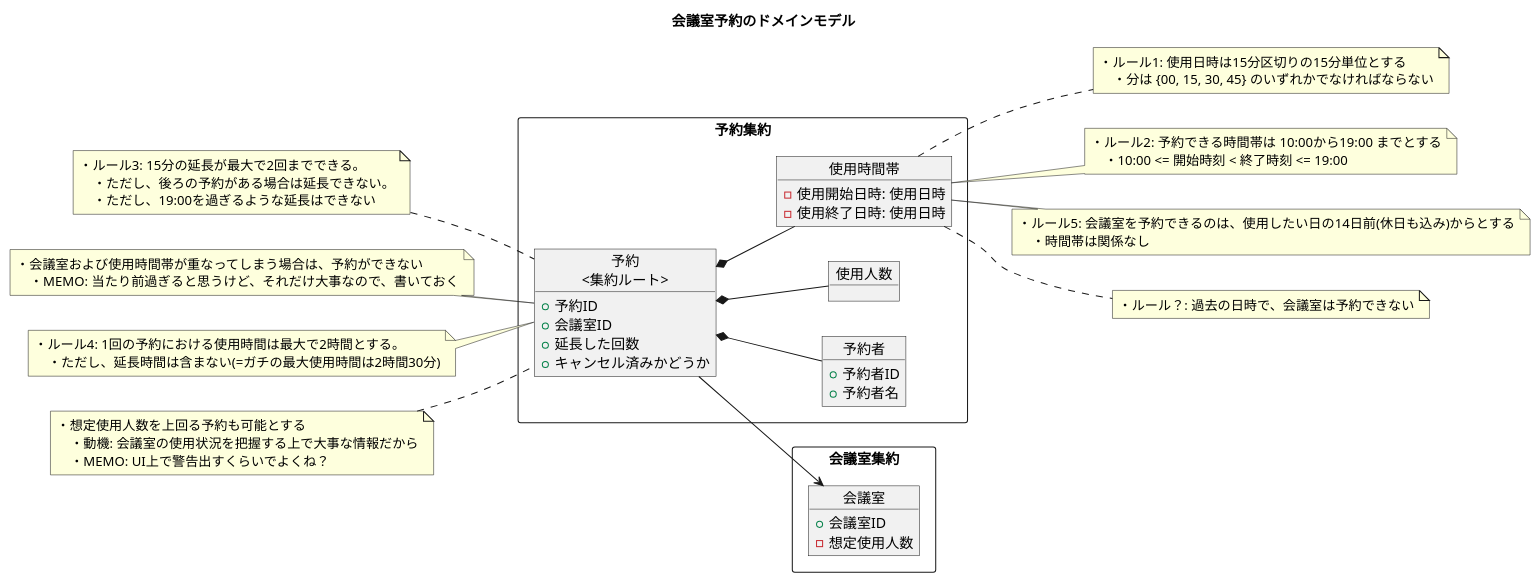
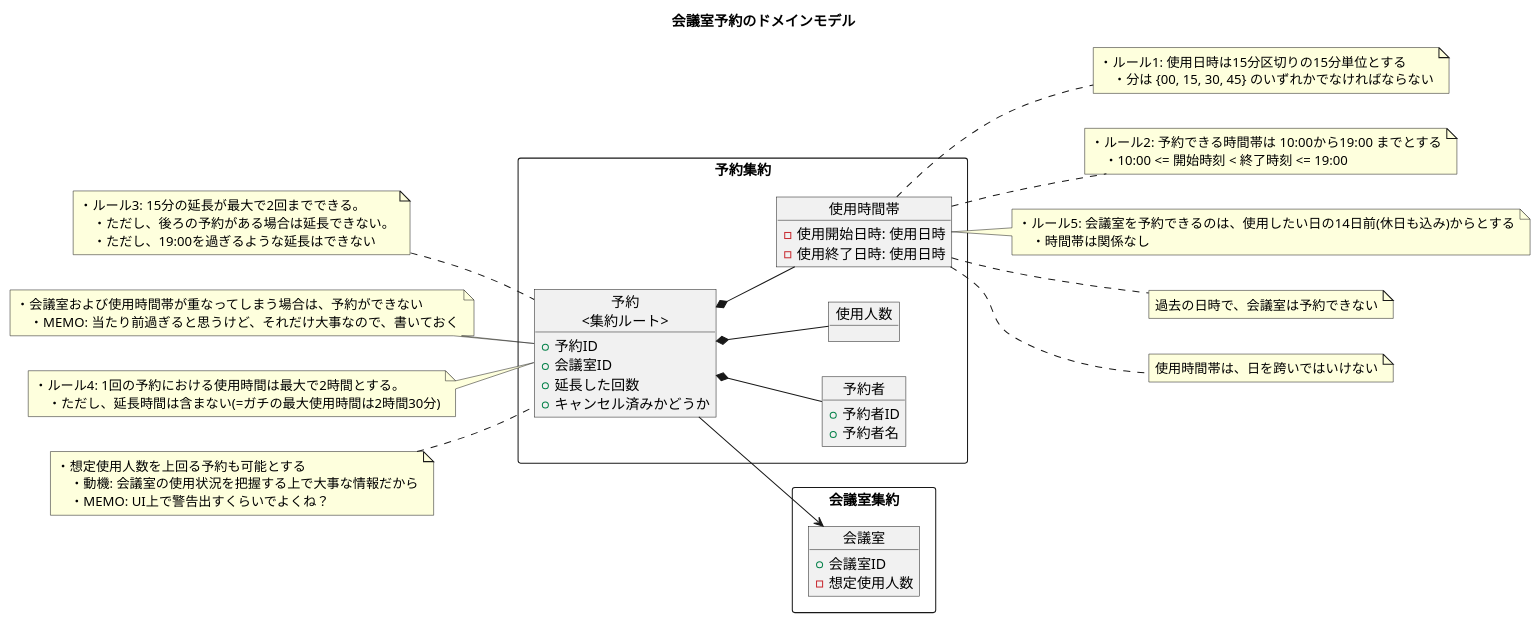
Before and after one commit to ModelingKai/meeting-room-python: the diagram in diagram/ドメインモデル.puml, drawn with PlantUML.

Commit message:
ドメインモデルを更新した。日を跨いでの予約はできないというルールを明示的にした
- ルール2の予約できる時間帯は10:00-19:00から、日をまたげないことは推測ができるが、一応明示しておいた
- ルールxというのは、最初のお題として設定したものであり、後から追加したものはルールと接頭辞を付けない方が、お題の漏れとして認識しやすい

```diff
--- a/diagram/ドメインモデル.puml
+++ b/diagram/ドメインモデル.puml
@@ -1,92 +1,97 @@
 @startuml
 
 title 会議室予約のドメインモデル
 
 left to right direction
 
 
 rectangle 予約集約 {
     object "予約\n<集約ルート>" as c1 {
         + 予約ID
         + 会議室ID
         + 延長した回数
         + キャンセル済みかどうか
     }
 
     object 予約者 {
         + 予約者ID
         + 予約者名
     }
 
     object 使用人数 {
     }
 
     object 使用時間帯 {
         - 使用開始日時: 使用日時
         - 使用終了日時: 使用日時
     }
 }
 
 
 rectangle 会議室集約 {
     object 会議室 {
         + 会議室ID
         - 想定使用人数
     }
 }
 
 
 c1 --> 会議室
 c1 *-- 予約者
 c1 *-- 使用人数
 c1 *-- 使用時間帯
 
 ' ===== 予約 =====
 note left of c1
 ・ルール3: 15分の延長が最大で2回までできる。
     ・ただし、後ろの予約がある場合は延長できない。
     ・ただし、19:00を過ぎるような延長はできない
 end note
 
 note left of c1
 ・会議室および使用時間帯が重なってしまう場合は、予約ができない
     ・MEMO: 当たり前過ぎると思うけど、それだけ大事なので、書いておく
 end note
 
 note left of c1
 ・ルール4: 1回の予約における使用時間は最大で2時間とする。
     ・ただし、延長時間は含まない(=ガチの最大使用時間は2時間30分)
 end note
 
 note left of c1
 ・想定使用人数を上回る予約も可能とする
     ・動機: 会議室の使用状況を把握する上で大事な情報だから
     ・MEMO: UI上で警告出すくらいでよくね？
 end note
 
 ' ===== 使用時間帯 =====
 note right of 使用時間帯
 ・ルール1: 使用日時は15分区切りの15分単位とする
     ・分は {00, 15, 30, 45} のいずれかでなければならない
 end note
 
 note right of 使用時間帯
 ・ルール2: 予約できる時間帯は 10:00から19:00 までとする
     ・10:00 <= 開始時刻 < 終了時刻 <= 19:00
 end note
 
 
 note right of 使用時間帯
 ・ルール5: 会議室を予約できるのは、使用したい日の14日前(休日も込み)からとする
     ・時間帯は関係なし
 end note
 
 note right of 使用時間帯
-・ルール？: 過去の日時で、会議室は予約できない
+過去の日時で、会議室は予約できない
+end note
+
+note right of 使用時間帯
+使用時間帯は、日を跨いではいけない
 end note
 
 
 
 
 
+
 @enduml
```
